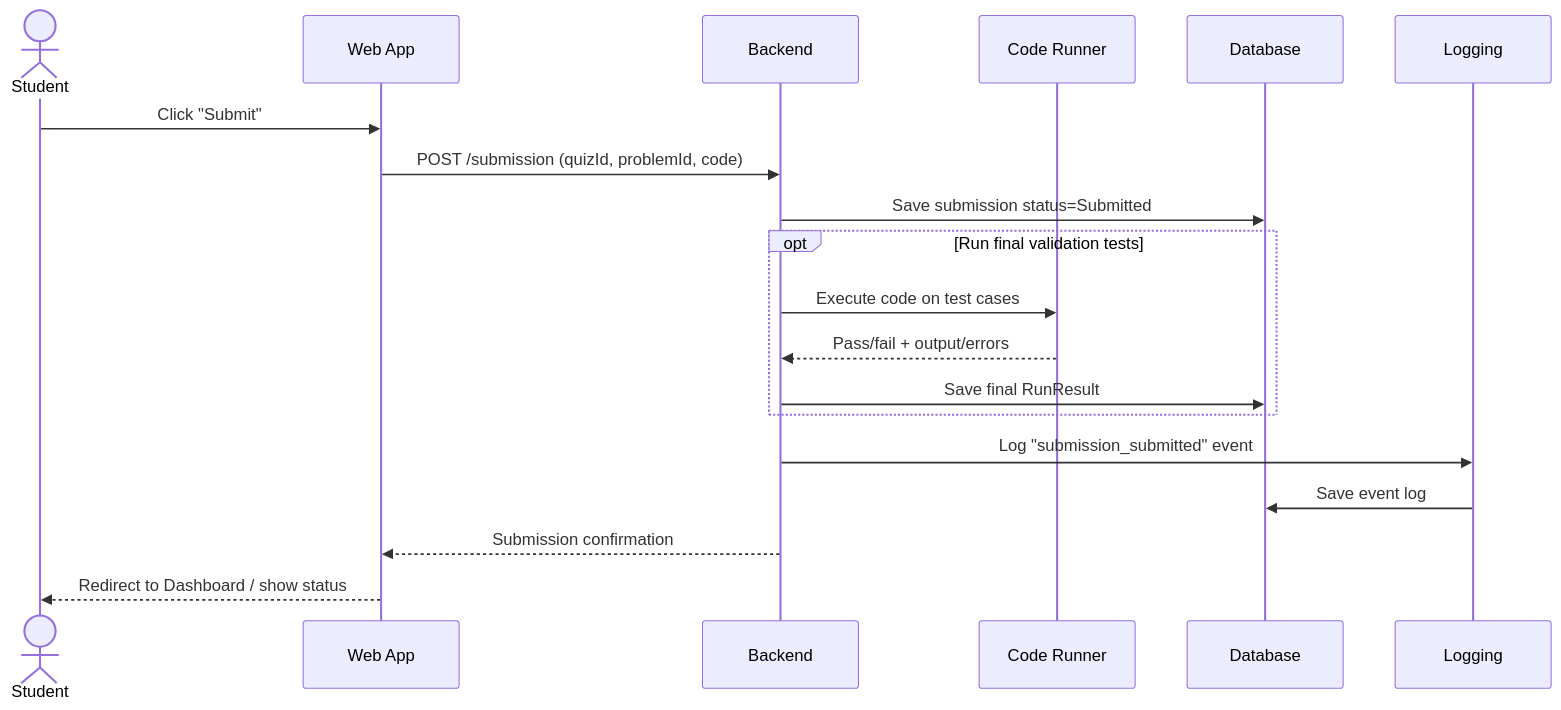
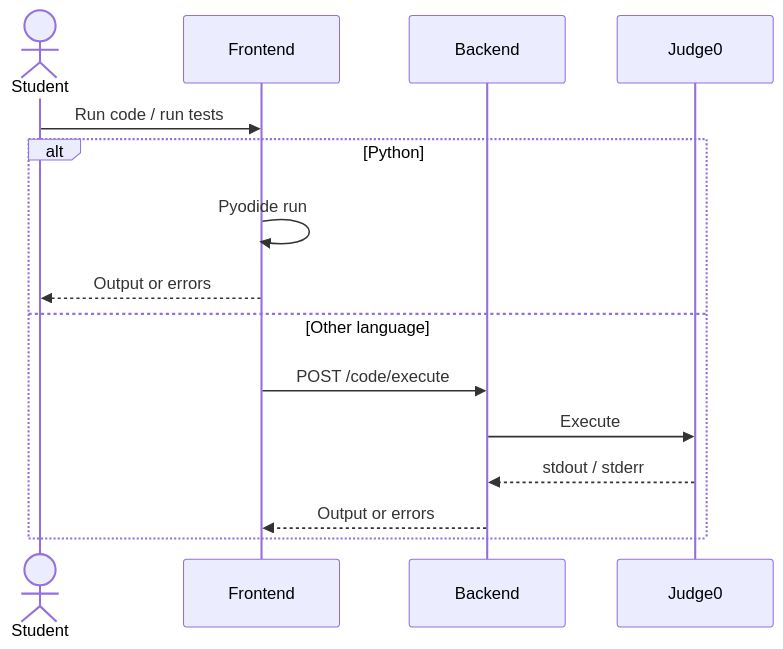
One commit to Capstone-Projects-2026-spring/project-auto-suggestion-quiz changed diagram 13 of 16 in documentation/docs/system-architecture/sequence-diagrams.md. Above: the diagram before and after it, drawn with Mermaid. The commit also changed other lines of this file and 5 other files, not shown here.

````diff
--- a/documentation/docs/system-architecture/sequence-diagrams.md
+++ b/documentation/docs/system-architecture/sequence-diagrams.md
@@ -107,22 +299,19 @@
 ```mermaid
 sequenceDiagram
   actor Student
-  participant UI as Web App
+  participant FE as Frontend
   participant API as Backend
-  participant RUN as Code Runner
-  participant DB as Database
-  participant LOG as Logging
+  participant J0 as Judge0
 
-  Student->>UI: Click "Submit"
-  UI->>API: POST /submission (quizId, problemId, code)
-  API->>DB: Save submission status=Submitted
-  opt Run final validation tests
-    API->>RUN: Execute code on test cases
-    RUN-->>API: Pass/fail + output/errors
-    API->>DB: Save final RunResult
+  Student->>FE: Run code / run tests
+
+  alt Python
+    FE->>FE: Pyodide run
+    FE-->>Student: Output or errors
+  else Other language
+    FE->>API: POST /code/execute
+    API->>J0: Execute
+    J0-->>API: stdout / stderr
+    API-->>FE: Output or errors
   end
-  API->>LOG: Log "submission_submitted" event
-  LOG->>DB: Save event log
-  API-->>UI: Submission confirmation
-  UI-->>Student: Redirect to Dashboard / show status
 ```
````
